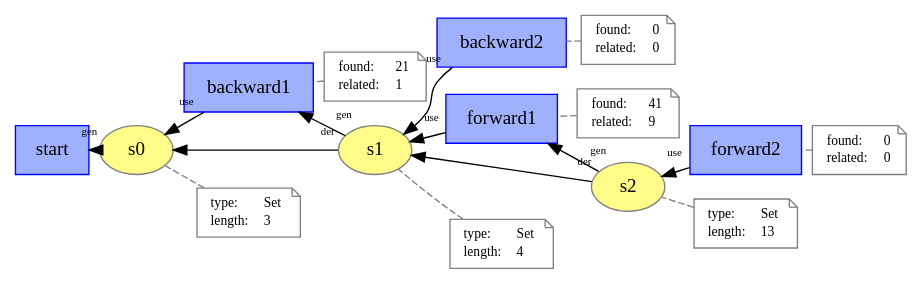
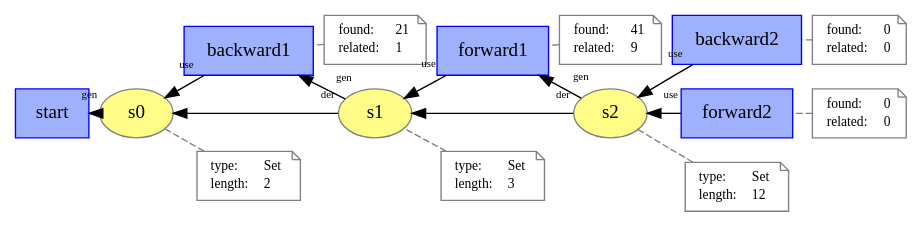
The diagram in case_study_2/notebooks/output/snowballing.dot (gems-uff/hybrid-strategies), drawn with Graphviz before and after one commit. The commit also changed 10 other files, not shown here.

```diff
--- a/case_study_2/notebooks/output/snowballing.dot
+++ b/case_study_2/notebooks/output/snowballing.dot
@@ -1,103 +1,103 @@
 digraph "PROV" { size="16,12"; rankdir="RL"; ranksep="0.1"; 
 "http://example.org/start" [fillcolor="#9FB1FC",color="#0000FF",shape="polygon",sides="4",style="filled",label="start",URL="http://example.org/start"]
 "http://example.org/backward1" [fillcolor="#9FB1FC",color="#0000FF",shape="polygon",sides="4",style="filled",label="backward1",URL="http://example.org/backward1"]
 "-attrs0" [color="gray",shape="note",fontsize="10",fontcolor="black",label=<<TABLE cellpadding="0" border="0">
 	<TR>
 	    <TD align="left">found:</TD>
 	    <TD align="left">21</TD>
 	</TR>
 	<TR>
 	    <TD align="left">related:</TD>
 	    <TD align="left">1</TD>
 	</TR>
     </TABLE>>
 ]
 "-attrs0" -> "http://example.org/backward1" [color="gray",style="dashed",arrowhead="none"]
+"http://example.org/forward1" [fillcolor="#9FB1FC",color="#0000FF",shape="polygon",sides="4",style="filled",label="forward1",URL="http://example.org/forward1"]
+"-attrs1" [color="gray",shape="note",fontsize="10",fontcolor="black",label=<<TABLE cellpadding="0" border="0">
+	<TR>
+	    <TD align="left">found:</TD>
+	    <TD align="left">41</TD>
+	</TR>
+	<TR>
+	    <TD align="left">related:</TD>
+	    <TD align="left">9</TD>
+	</TR>
+    </TABLE>>
+]
+"-attrs1" -> "http://example.org/forward1" [color="gray",style="dashed",arrowhead="none"]
 "http://example.org/backward2" [fillcolor="#9FB1FC",color="#0000FF",shape="polygon",sides="4",style="filled",label="backward2",URL="http://example.org/backward2"]
-"-attrs1" [color="gray",shape="note",fontsize="10",fontcolor="black",label=<<TABLE cellpadding="0" border="0">
+"-attrs2" [color="gray",shape="note",fontsize="10",fontcolor="black",label=<<TABLE cellpadding="0" border="0">
 	<TR>
 	    <TD align="left">found:</TD>
 	    <TD align="left">0</TD>
 	</TR>
 	<TR>
 	    <TD align="left">related:</TD>
 	    <TD align="left">0</TD>
 	</TR>
     </TABLE>>
 ]
-"-attrs1" -> "http://example.org/backward2" [color="gray",style="dashed",arrowhead="none"]
-"http://example.org/forward1" [fillcolor="#9FB1FC",color="#0000FF",shape="polygon",sides="4",style="filled",label="forward1",URL="http://example.org/forward1"]
-"-attrs2" [color="gray",shape="note",fontsize="10",fontcolor="black",label=<<TABLE cellpadding="0" border="0">
-	<TR>
-	    <TD align="left">found:</TD>
-	    <TD align="left">41</TD>
-	</TR>
-	<TR>
-	    <TD align="left">related:</TD>
-	    <TD align="left">9</TD>
-	</TR>
-    </TABLE>>
-]
-"-attrs2" -> "http://example.org/forward1" [color="gray",style="dashed",arrowhead="none"]
+"-attrs2" -> "http://example.org/backward2" [color="gray",style="dashed",arrowhead="none"]
 "http://example.org/forward2" [fillcolor="#9FB1FC",color="#0000FF",shape="polygon",sides="4",style="filled",label="forward2",URL="http://example.org/forward2"]
 "-attrs3" [color="gray",shape="note",fontsize="10",fontcolor="black",label=<<TABLE cellpadding="0" border="0">
 	<TR>
 	    <TD align="left">found:</TD>
 	    <TD align="left">0</TD>
 	</TR>
 	<TR>
 	    <TD align="left">related:</TD>
 	    <TD align="left">0</TD>
 	</TR>
     </TABLE>>
 ]
 "-attrs3" -> "http://example.org/forward2" [color="gray",style="dashed",arrowhead="none"]
 "http://example.org/s0" [fillcolor="#FFFC87",color="#808080",style="filled",label="s0",URL="http://example.org/s0"]
 "-attrs4" [color="gray",shape="note",fontsize="10",fontcolor="black",label=<<TABLE cellpadding="0" border="0">
 	<TR>
 	    <TD align="left">type:</TD>
 	    <TD align="left">Set</TD>
 	</TR>
 	<TR>
 	    <TD align="left">length:</TD>
-	    <TD align="left">3</TD>
+	    <TD align="left">2</TD>
 	</TR>
     </TABLE>>
 ]
 "-attrs4" -> "http://example.org/s0" [color="gray",style="dashed",arrowhead="none"]
 "http://example.org/s1" [fillcolor="#FFFC87",color="#808080",style="filled",label="s1",URL="http://example.org/s1"]
 "-attrs5" [color="gray",shape="note",fontsize="10",fontcolor="black",label=<<TABLE cellpadding="0" border="0">
 	<TR>
 	    <TD align="left">type:</TD>
 	    <TD align="left">Set</TD>
 	</TR>
 	<TR>
 	    <TD align="left">length:</TD>
-	    <TD align="left">4</TD>
+	    <TD align="left">3</TD>
 	</TR>
     </TABLE>>
 ]
 "-attrs5" -> "http://example.org/s1" [color="gray",style="dashed",arrowhead="none"]
 "http://example.org/s2" [fillcolor="#FFFC87",color="#808080",style="filled",label="s2",URL="http://example.org/s2"]
 "-attrs6" [color="gray",shape="note",fontsize="10",fontcolor="black",label=<<TABLE cellpadding="0" border="0">
 	<TR>
 	    <TD align="left">type:</TD>
 	    <TD align="left">Set</TD>
 	</TR>
 	<TR>
 	    <TD align="left">length:</TD>
-	    <TD align="left">13</TD>
+	    <TD align="left">12</TD>
 	</TR>
     </TABLE>>
 ]
 "-attrs6" -> "http://example.org/s2" [color="gray",style="dashed",arrowhead="none"]
 "http://example.org/s0" -> "http://example.org/start" [labelfontsize="8",labeldistance="1.5",labelangle="60.0",rotation="20",taillabel="gen"]
 "http://example.org/backward1" -> "http://example.org/s0" [labelfontsize="8",labeldistance="1.5",labelangle="60.0",rotation="20",taillabel="use"]
 "http://example.org/s1" -> "http://example.org/backward1" [labelfontsize="8",labeldistance="1.5",labelangle="60.0",rotation="20",taillabel="gen"]
 "http://example.org/s1" -> "http://example.org/s0" [labelfontsize="8",labeldistance="1.5",labelangle="60.0",rotation="20",taillabel="der"]
-"http://example.org/backward2" -> "http://example.org/s1" [labelfontsize="8",labeldistance="1.5",labelangle="60.0",rotation="20",taillabel="use"]
 "http://example.org/forward1" -> "http://example.org/s1" [labelfontsize="8",labeldistance="1.5",labelangle="60.0",rotation="20",taillabel="use"]
 "http://example.org/s2" -> "http://example.org/forward1" [labelfontsize="8",labeldistance="1.5",labelangle="60.0",rotation="20",taillabel="gen"]
 "http://example.org/s2" -> "http://example.org/s1" [labelfontsize="8",labeldistance="1.5",labelangle="60.0",rotation="20",taillabel="der"]
+"http://example.org/backward2" -> "http://example.org/s2" [labelfontsize="8",labeldistance="1.5",labelangle="60.0",rotation="20",taillabel="use"]
 "http://example.org/forward2" -> "http://example.org/s2" [labelfontsize="8",labeldistance="1.5",labelangle="60.0",rotation="20",taillabel="use"]
 }
```
